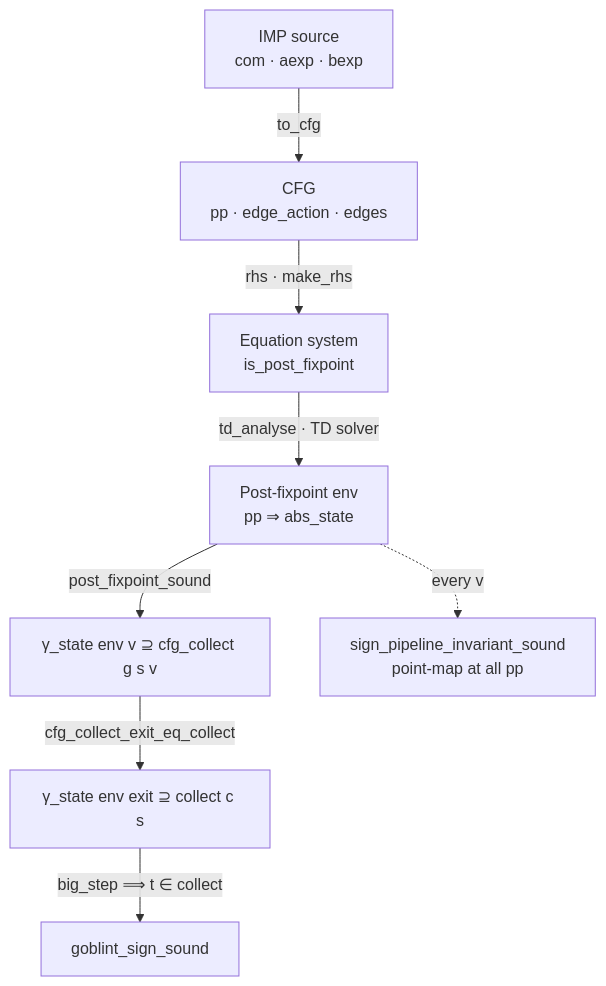
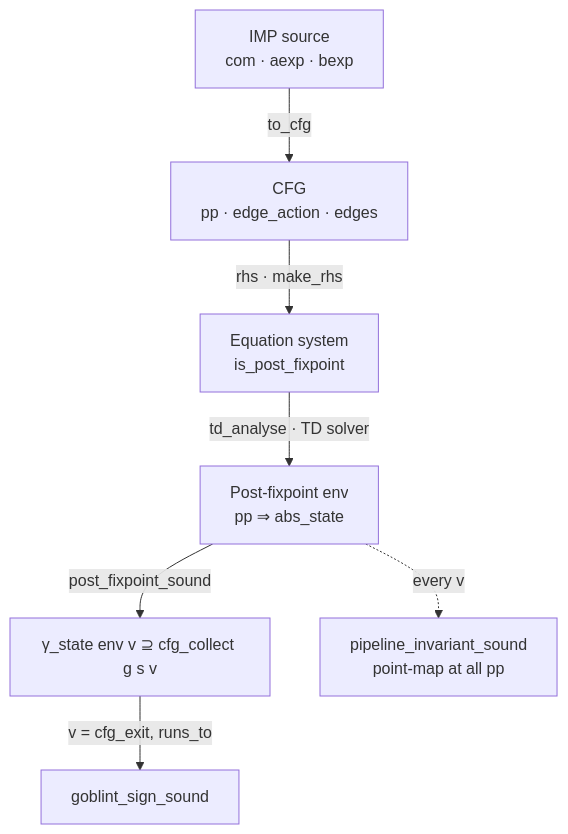
Before and after one commit to ManuelLerchner/Voblint-Verification-Master-Thesis: the second of 6 diagrams in docs/PIPELINE_WALKTHROUGH.md, drawn with Mermaid. The commit also changed other lines of this file and 21 other files, not shown here.

````diff
--- a/docs/PIPELINE_WALKTHROUGH.md
+++ b/docs/PIPELINE_WALKTHROUGH.md
@@ -54,10 +57,9 @@
 ```mermaid
 flowchart TD
   A["IMP source<br/>com · aexp · bexp"] -->|to_cfg| B["CFG<br/>pp · edge_action · edges"]
   B -->|rhs · make_rhs| C["Equation system<br/>is_post_fixpoint"]
   C -->|td_analyse · TD solver| D["Post-fixpoint env<br/>pp ⇒ abs_state"]
   D -->|post_fixpoint_sound| E["γ_state env v ⊇ cfg_collect g s v"]
-  E -->|cfg_collect_exit_eq_collect| F["γ_state env exit ⊇ collect c s"]
-  F -->|big_step ⟹ t ∈ collect| G["goblint_sign_sound"]
-  D -.->|every v| H["sign_pipeline_invariant_sound<br/>point-map at all pp"]
+  E -->|v = cfg_exit, runs_to| G["goblint_sign_sound"]
+  D -.->|every v| H["pipeline_invariant_sound<br/>point-map at all pp"]
 ```
````
